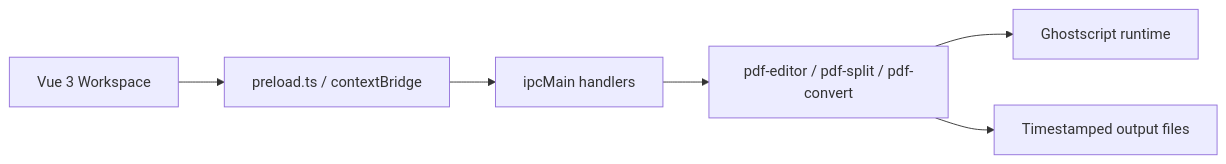
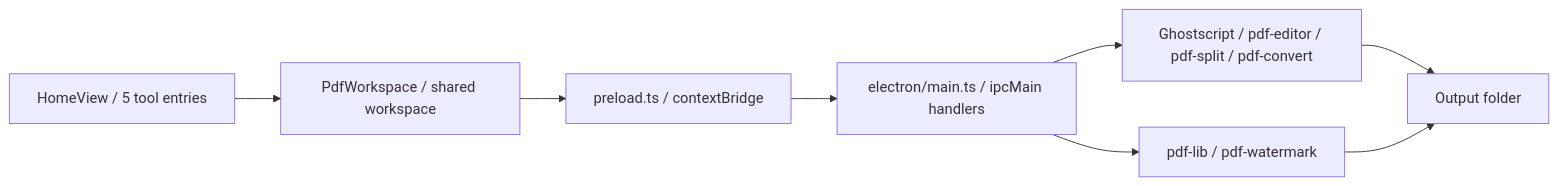
The diagram in README.en.md (Fussyzhy/Pdf-Squeezer), drawn with Mermaid before and after one commit. The commit also changed other lines of this file and 4 other files, not shown here.

````diff
--- a/README.en.md
+++ b/README.en.md
@@ -110,8 +95,10 @@
 ```mermaid
 flowchart LR
-    UI["Vue 3 Workspace"] --> Bridge["preload.ts / contextBridge"]
-    Bridge --> IPC["ipcMain handlers"]
-    IPC --> Engine["pdf-editor / pdf-split / pdf-convert"]
-    Engine --> GS["Ghostscript runtime"]
-    Engine --> Output["Timestamped output files"]
+    Home["HomeView / 5 tool entries"] --> Workspace["PdfWorkspace / shared workspace"]
+    Workspace --> Bridge["preload.ts / contextBridge"]
+    Bridge --> IPC["electron/main.ts / ipcMain handlers"]
+    IPC --> GS["Ghostscript / pdf-editor / pdf-split / pdf-convert"]
+    IPC --> Watermark["pdf-lib / pdf-watermark"]
+    GS --> Output["Output folder"]
+    Watermark --> Output
 ```
````
